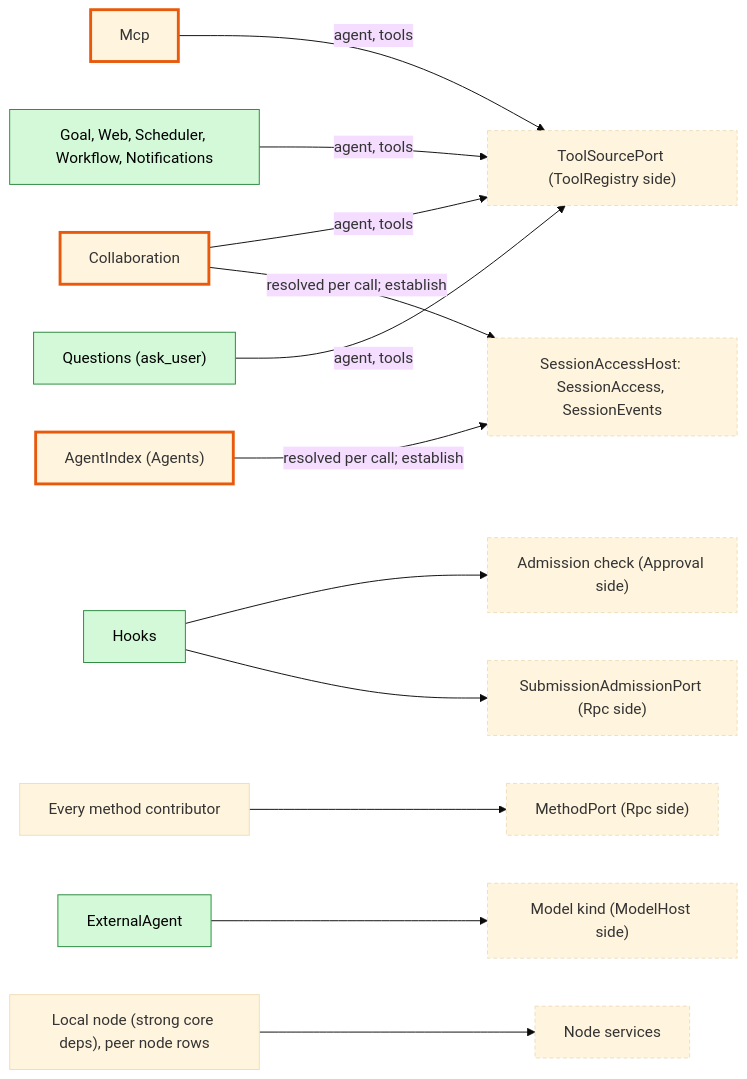
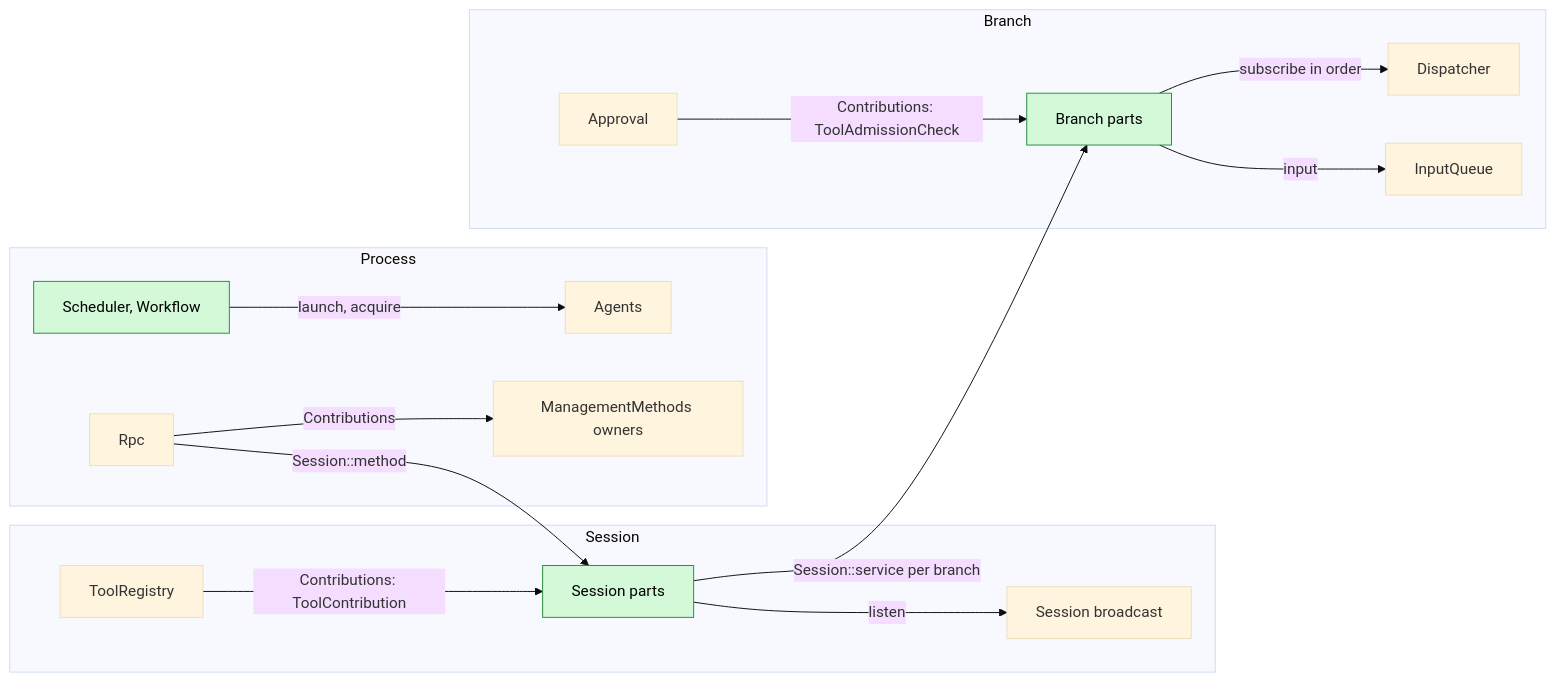
One commit to CoutinhoTTS/dim-agent changed the second of 8 diagrams in docs/design/overview.md. Above: the diagram before and after it, drawn with Mermaid (base theme). The commit also changed other lines of this file and 16 other files, not shown here.

````diff
--- a/docs/design/overview.md
+++ b/docs/design/overview.md
@@ -105,32 +105,31 @@
 ```mermaid
 flowchart LR
   classDef new fill:#d3f9d8,stroke:#2b8a3e,color:#000
-  classDef changed stroke:#e8590c,stroke-width:3px
-  classDef contract stroke-dasharray:4 3
 
-  pTool["ToolSourcePort (ToolRegistry side)"]:::contract
-  pAdm["Admission check (Approval side)"]:::contract
-  pSub["SubmissionAdmissionPort (Rpc side)"]:::contract
-  pM["MethodPort (Rpc side)"]:::contract
-  pKind["Model kind (ModelHost side)"]:::contract
-  pSA["SessionAccessHost: SessionAccess, SessionEvents"]:::contract
-  pNode["Node services"]:::contract
-
-  Mcp["Mcp"]:::changed
-  Collab["Collaboration"]:::changed
-  AgentIndex["AgentIndex (Agents)"]:::changed
-  New["Goal, Web, Scheduler, Workflow, Notifications"]:::new
-  Qs["Questions (ask_user)"]:::new
-  Hooks["Hooks"]:::new
-  Contribs["Every method contributor"]
-  Ext["ExternalAgent"]:::new
-  Local["Local node (strong core deps), peer node rows"]
-
-  Mcp & Collab & New & Qs -->|"agent, tools"| pTool
-  Hooks --> pAdm
-  Hooks --> pSub
-  Contribs --> pM
-  Ext --> pKind
-  AgentIndex & Collab -->|"resolved per call; establish"| pSA
-  Local --> pNode
+  subgraph PROC["Process"]
+    Rpc["Rpc"]
+    Agents["Agents"]
+    SchedP["Scheduler, Workflow"]:::new
+    MM["ManagementMethods owners"]
+  end
+  subgraph SES["Session"]
+    TR["ToolRegistry"]
+    BC["Session broadcast"]
+    SP["Session parts"]:::new
+  end
+  subgraph BR["Branch"]
+    AP["Approval"]
+    DP["Dispatcher"]
+    IQ["InputQueue"]
+    BP["Branch parts"]:::new
+  end
+  Rpc -->|"Contributions"| MM
+  Rpc -->|"Session::method"| SP
+  TR -->|"Contributions: ToolContribution"| SP
+  SP -->|"listen"| BC
+  AP -->|"Contributions: ToolAdmissionCheck"| BP
+  BP -->|"subscribe in order"| DP
+  BP -->|"input"| IQ
+  SchedP -->|"launch, acquire"| Agents
+  SP -->|"Session::service per branch"| BP
 ```
````
